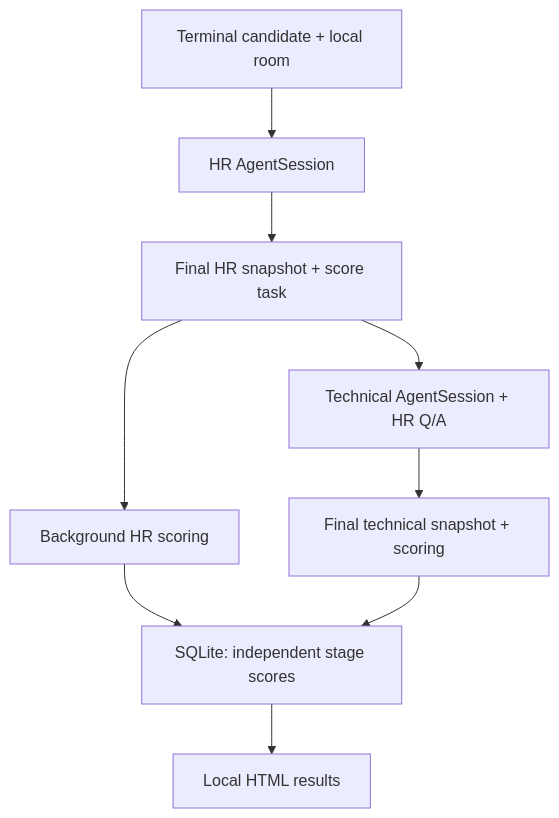
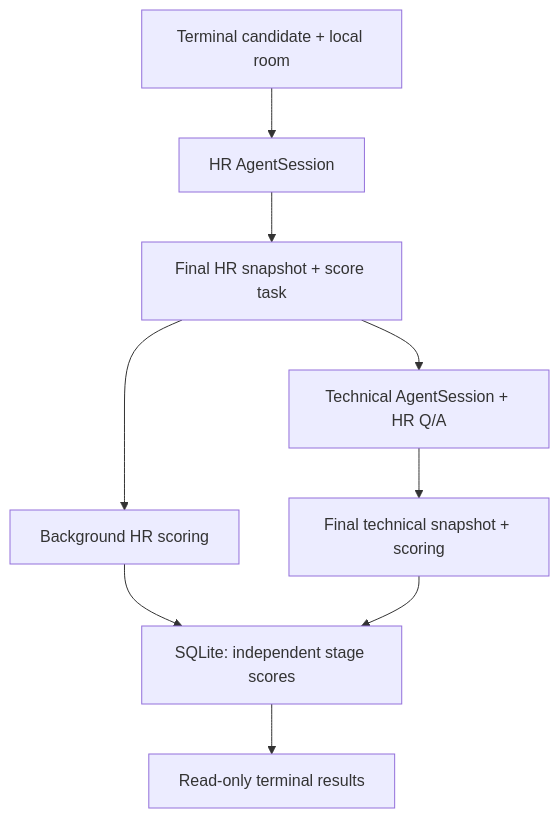
One commit to AbdallahMohamedDotnet/SimpleAgent-LiveKit changed the diagram in MAIN_PLAN.md. Above: the diagram before and after it, drawn with Mermaid. The commit also changed other lines of this file and 8 other files, not shown here.

First line of the commit message:
docs: update the plans and architecture for the terminal-only interface

````diff
--- a/MAIN_PLAN.md
+++ b/MAIN_PLAN.md
@@ -54,11 +54,11 @@
 ```mermaid
 flowchart TD
     A["Terminal candidate + local room"] --> B["HR AgentSession"]
     B --> C["Final HR snapshot + score task"]
     C --> D["Background HR scoring"]
     C --> E["Technical AgentSession + HR Q/A"]
     E --> F["Final technical snapshot + scoring"]
     D --> G["SQLite: independent stage scores"]
     F --> G
-    G --> H["Local HTML results"]
+    G --> H["Read-only terminal results"]
 ```
````
